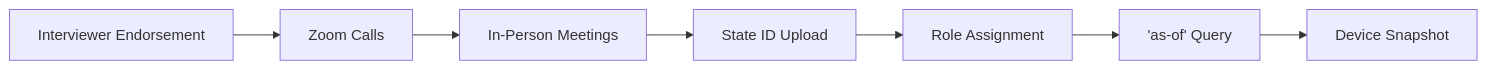
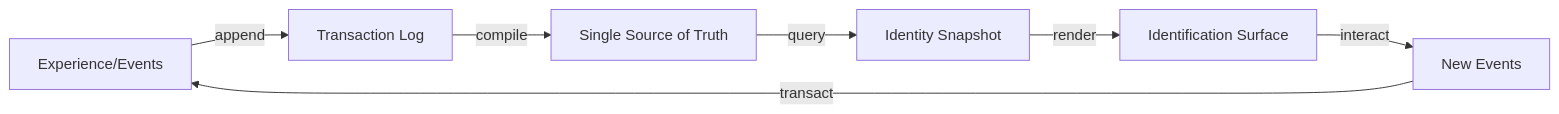
The first of 3 diagrams in conj-talk-2025.md (Synthetic-Identity-Co/conj-talk-2025), drawn with Mermaid before and after one commit. The commit also changed other lines of this file, not shown here.

````diff
--- a/conj-talk-2025.md
+++ b/conj-talk-2025.md
@@ -161,9 +136,9 @@
 ```mermaid
 graph LR
-    A[Interviewer Endorsement] --> B[Zoom Calls]
-    B --> C[In-Person Meetings]
-    C --> D[State ID Upload]
-    D --> E[Role Assignment]
-    E --> F['as-of' Query]
-    F --> G[Device Snapshot]
+    A[Experience/Events] -->|append| B[Transaction Log]
+    B -->|compile| C[Single Source of Truth]
+    C -->|query| D[Identity Snapshot]
+    D -->|render| E[Identification Surface]
+    E -->|interact| F[New Events]
+    F -->|transact| A
 ```
````
